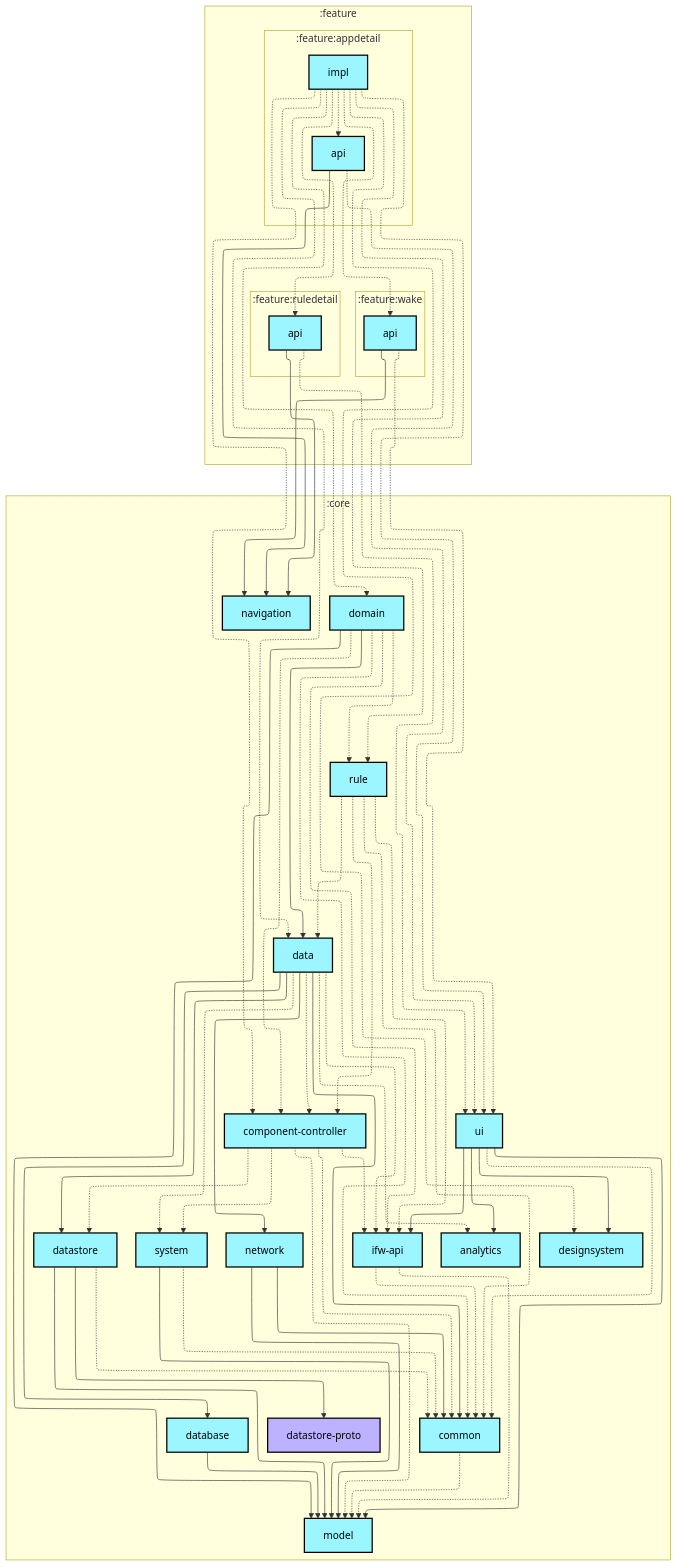
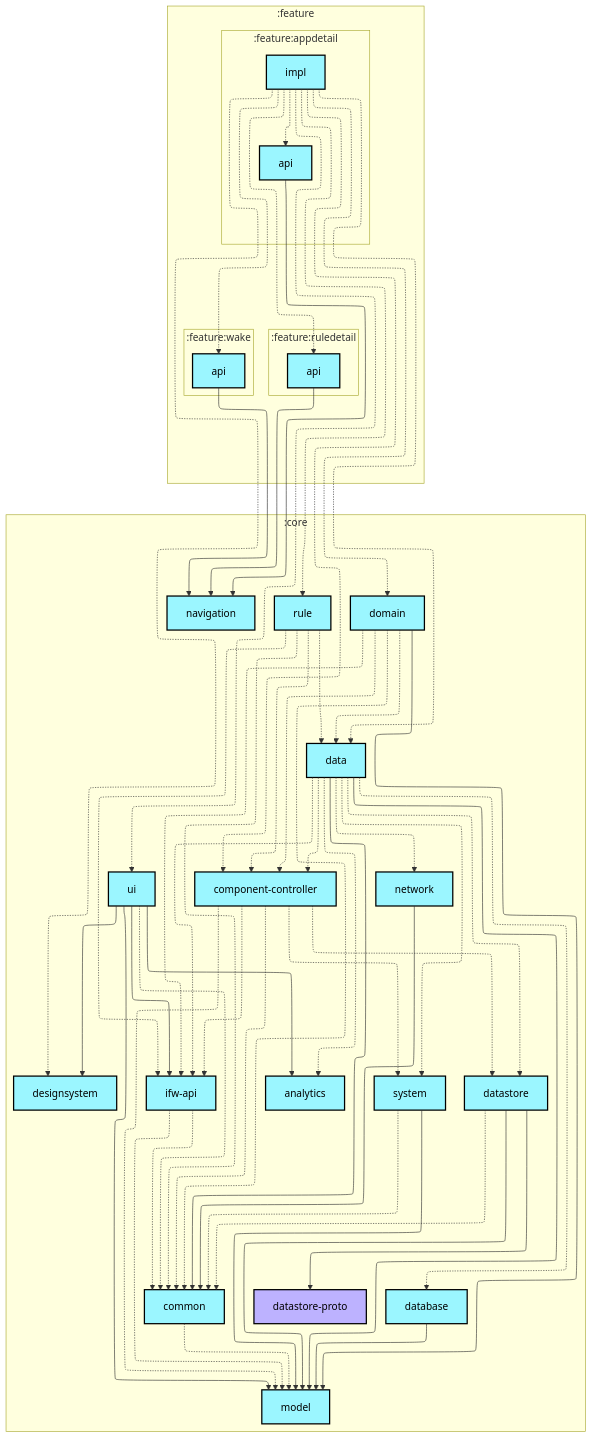
One commit to lihenggui/blocker changed the first of 2 diagrams in feature/appdetail/impl/README.md. Above: the diagram before and after it, drawn with Mermaid. The commit also changed 29 other files, not shown here.

First line of the commit message:
Update module dependency graphs after boundary cleanup

```diff
--- a/feature/appdetail/impl/README.md
+++ b/feature/appdetail/impl/README.md
@@ -56,10 +56,11 @@
   :core:data -.-> :core:analytics
   :core:data --> :core:common
   :core:data -.-> :core:component-controller
-  :core:data --> :core:database
-  :core:data --> :core:datastore
+  :core:data -.-> :core:database
+  :core:data -.-> :core:datastore
   :core:data -.-> :core:ifw-api
-  :core:data --> :core:network
+  :core:data --> :core:model
+  :core:data -.-> :core:network
   :core:data -.-> :core:system
   :core:database --> :core:model
   :core:datastore -.-> :core:common
@@ -67,14 +68,12 @@
   :core:datastore --> :core:model
   :core:domain -.-> :core:common
   :core:domain -.-> :core:component-controller
-  :core:domain --> :core:data
+  :core:domain -.-> :core:data
   :core:domain -.-> :core:ifw-api
   :core:domain --> :core:model
-  :core:domain -.-> :core:rule
   :core:ifw-api -.-> :core:common
   :core:ifw-api -.-> :core:model
   :core:network --> :core:common
-  :core:network --> :core:model
   :core:rule -.-> :core:common
   :core:rule -.-> :core:component-controller
   :core:rule -.-> :core:data
@@ -87,7 +86,6 @@
   :core:ui --> :core:ifw-api
   :core:ui --> :core:model
   :feature:appdetail:api --> :core:navigation
-  :feature:appdetail:api -.-> :core:ui
   :feature:appdetail:impl -.-> :core:component-controller
   :feature:appdetail:impl -.-> :core:data
   :feature:appdetail:impl -.-> :core:designsystem
@@ -98,9 +96,7 @@
   :feature:appdetail:impl -.-> :feature:ruledetail:api
   :feature:appdetail:impl -.-> :feature:wake:api
   :feature:ruledetail:api --> :core:navigation
-  :feature:ruledetail:api -.-> :core:ui
   :feature:wake:api --> :core:navigation
-  :feature:wake:api -.-> :core:ui
 
 classDef android-application fill:#CAFFBF,stroke:#000,stroke-width:2px,color:#000;
 classDef android-feature fill:#FFD6A5,stroke:#000,stroke-width:2px,color:#000;
```
